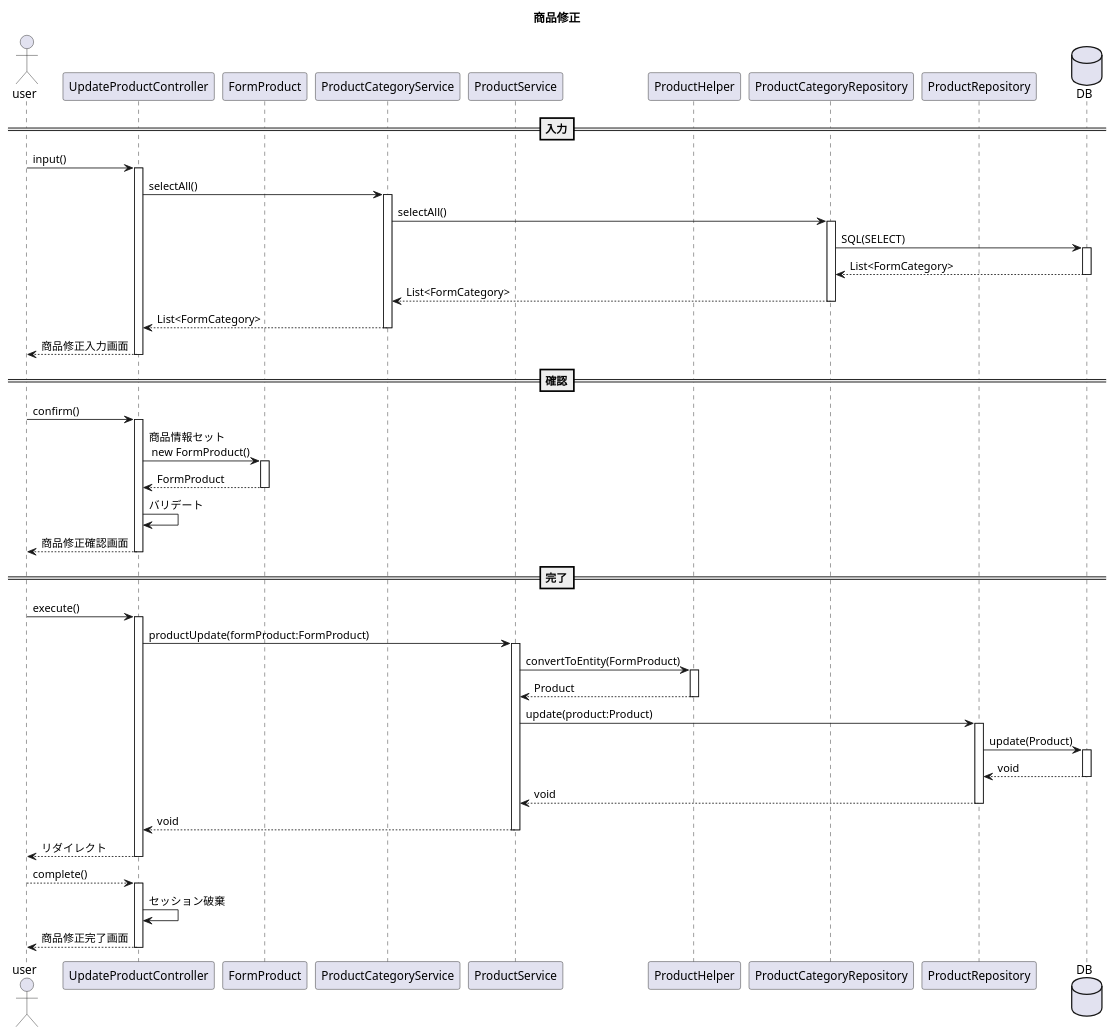
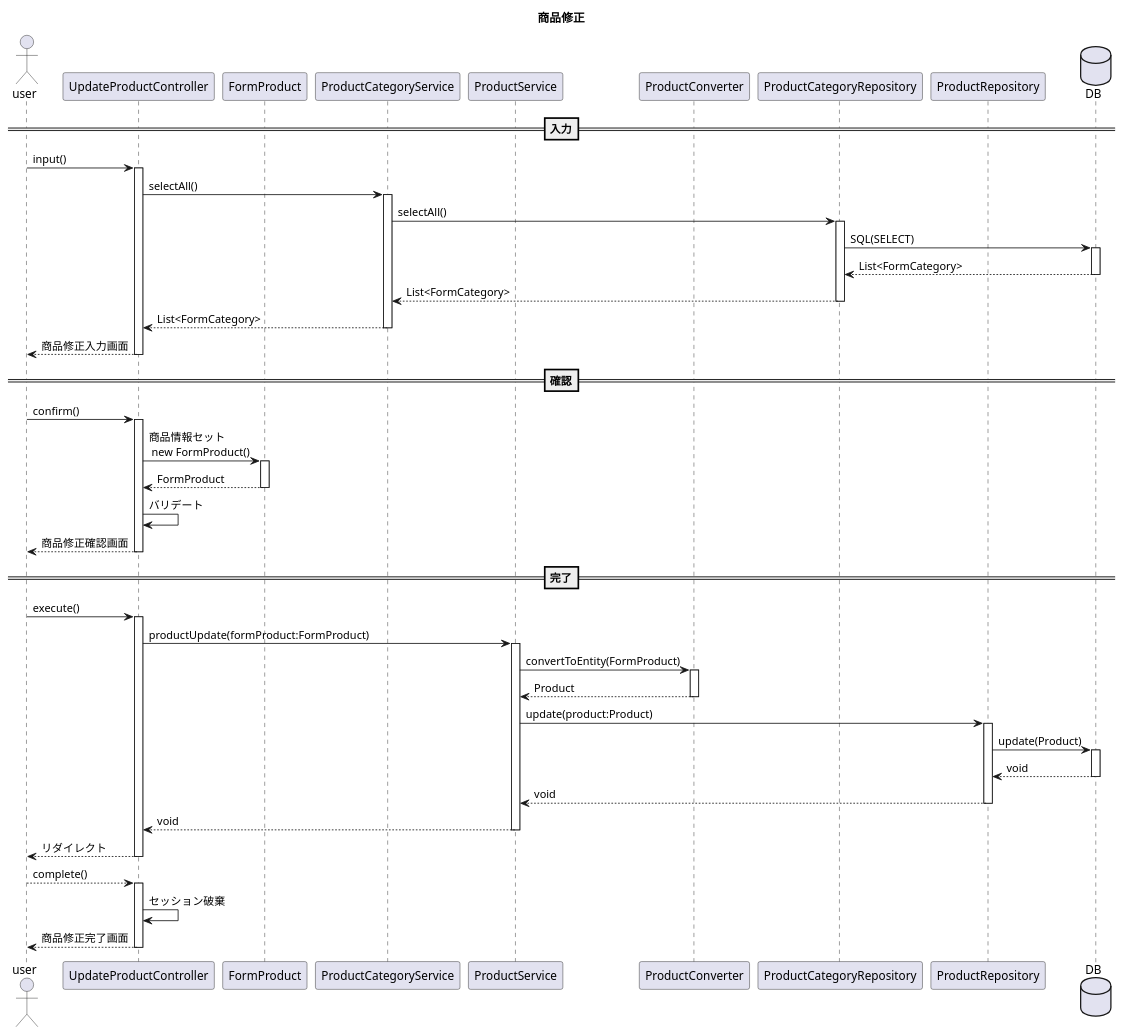
Before and after one commit to kanavii3333/ec-b: the diagram in plan/uml/sequence/uc012.plantuml, drawn with PlantUML. The commit also changed 13 other files, not shown here.

Commit message:
単体テスト　ファイル名変更　シーケンス図変更

```diff
--- a/plan/uml/sequence/uc012.plantuml
+++ b/plan/uml/sequence/uc012.plantuml
@@ -1,43 +1,43 @@
 @startuml
 title 商品修正
 actor user
 participant UpdateProductController as Controller
 participant FormProduct as Form
 participant ProductCategoryService as Service1
 participant ProductService as Service
-participant ProductHelper as Helper
+participant ProductConverter as Helper
 participant ProductCategoryRepository as Repository
 participant ProductRepository as Repository1
 database DB
 
 ==入力==
 user -> Controller++:input()
 Controller -> Service1++:selectAll()
 Service1 -> Repository++:selectAll()
 Repository -> DB++:SQL(SELECT)
 Repository <-- DB--:List<FormCategory>
 Service1 <-- Repository--:List<FormCategory>
 Controller <-- Service1--:List<FormCategory>
 user <-- Controller--:商品修正入力画面
 ==確認==
 user -> Controller++:confirm()
 Controller -> Form++:商品情報セット\n new FormProduct()
 Controller <-- Form--:FormProduct
 Controller -> Controller:バリデート
 user <-- Controller--:商品修正確認画面
 ==完了==
 user -> Controller++:execute()
 Controller -> Service++:productUpdate(formProduct:FormProduct)
 Service -> Helper++:convertToEntity(FormProduct)
 Service <-- Helper--:Product
 Service -> Repository1++:update(product:Product)
 Repository1 -> DB++:update(Product)
 Repository1 <-- DB--:void
 Service <-- Repository1--:void
 Controller <-- Service--:void
 user <-- Controller--:リダイレクト
 user --> Controller++:complete()
 Controller -> Controller:セッション破棄
 user <-- Controller--:商品修正完了画面
 
 @enduml
```
